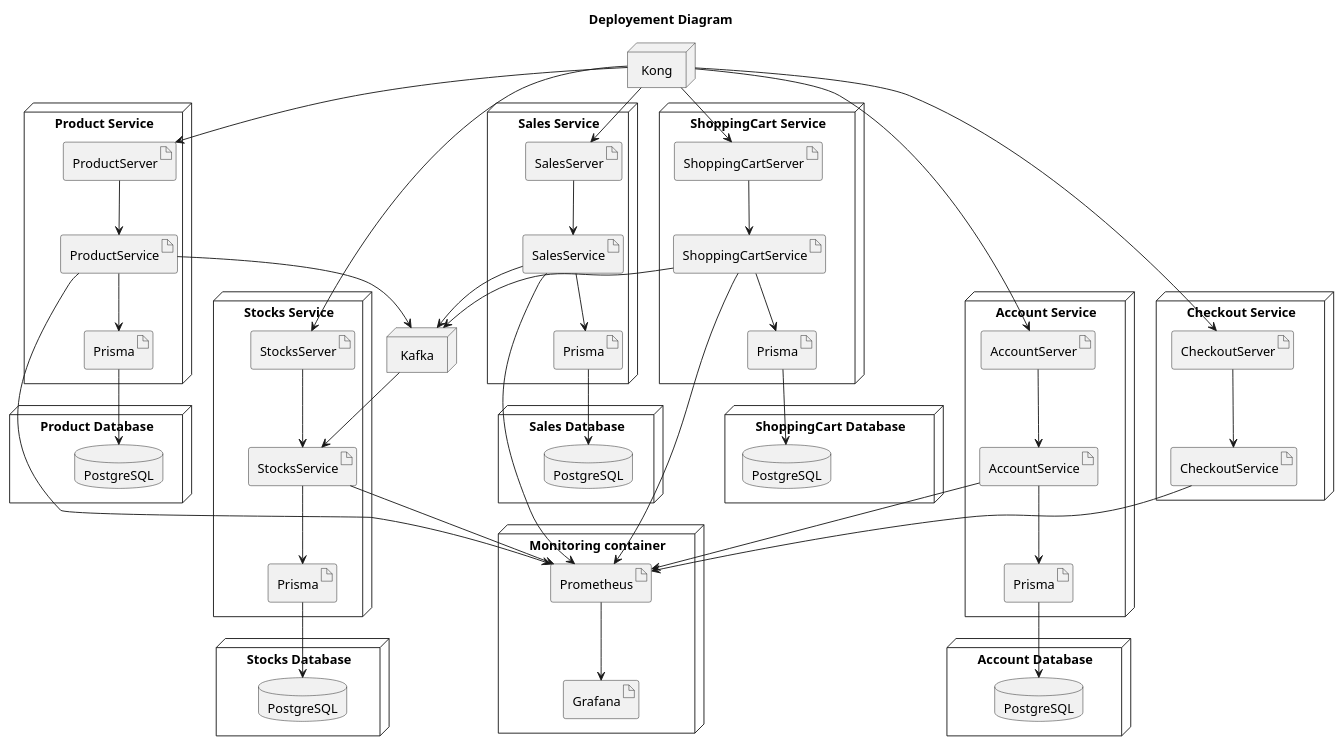
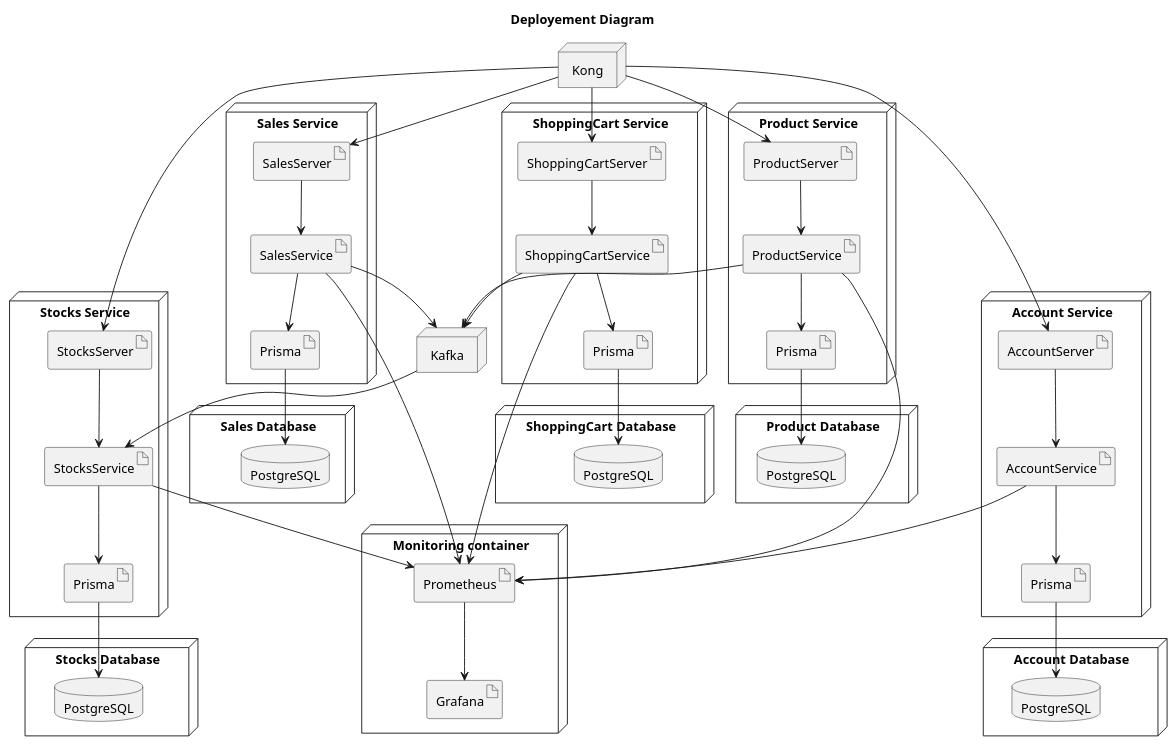
The second of 20 diagrams in docs/rapport.md (ThePhobosDeimosSuite/laboratoire-0_log430), drawn with PlantUML before and after one commit. The commit also changed other lines of this file and 20 other files, not shown here.

Commit message:
remove checkout service

```diff
--- a/docs/rapport.md
+++ b/docs/rapport.md
@@ -275,16 +267,6 @@
 
     [ShoppingCartService] --> [Kafka]
 
-
-node "Checkout Service"  {
-    artifact CheckoutServer
-    artifact CheckoutService
-}
-
-    [Kong] --> [CheckoutServer]
-    [CheckoutServer] --> [CheckoutService]
-    [CheckoutService] --> [Prometheus]
-
     [ProductService] --> [Kafka]
 
 
```
